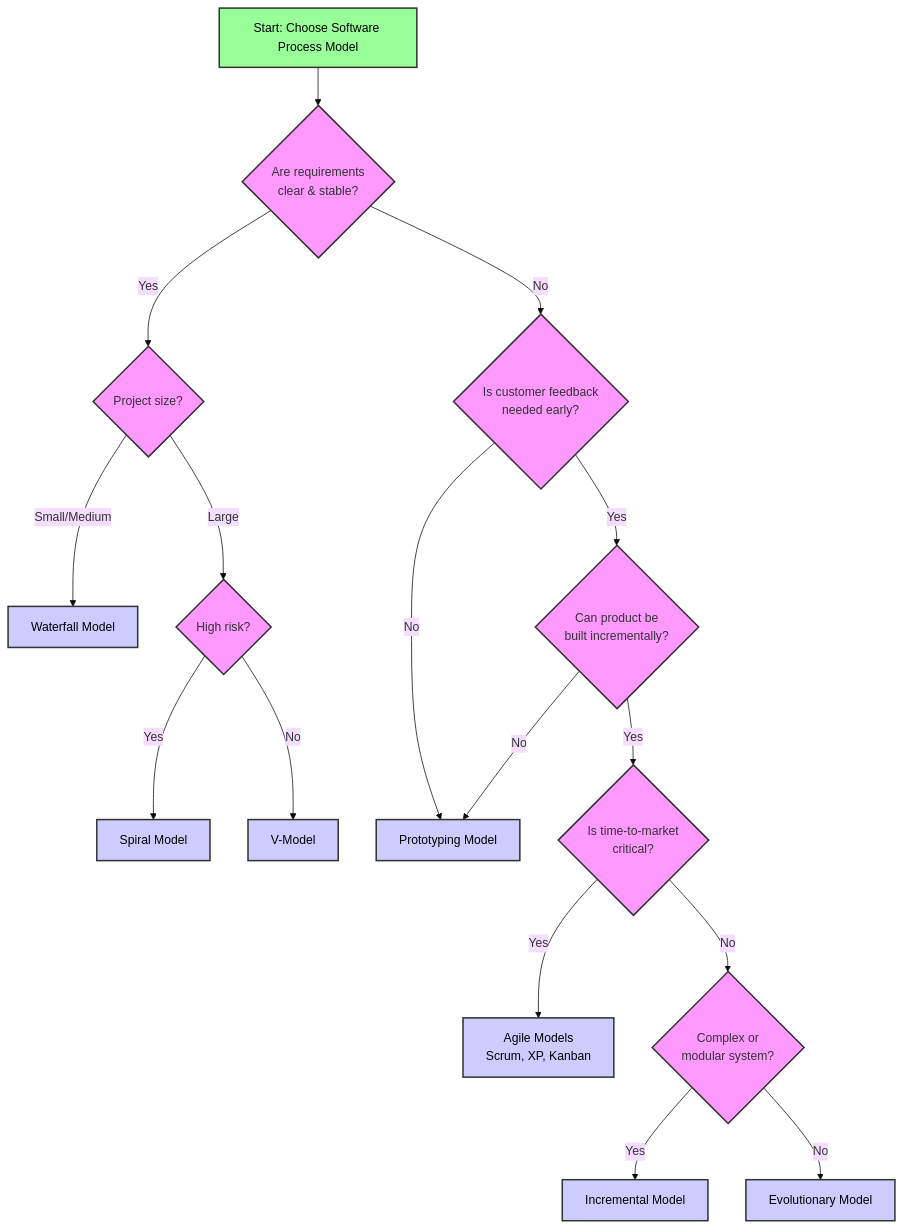
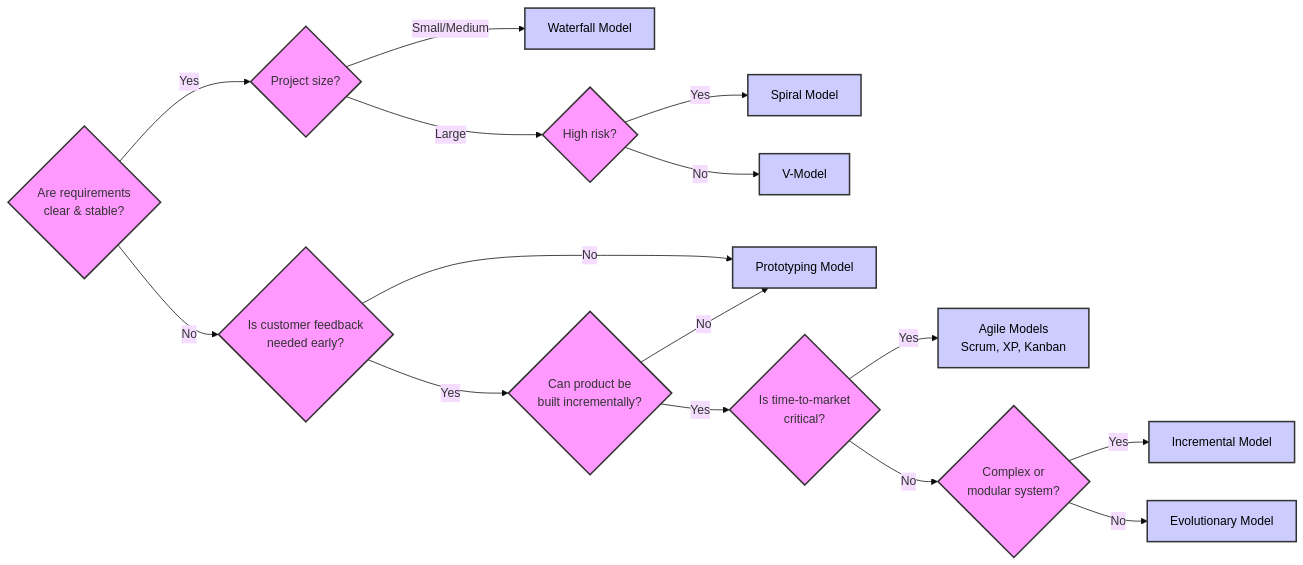
Before and after one commit to waraunika/Note-6thsem: the diagram in OOSE/Chapter 1.md, drawn with Mermaid (base theme). The commit also changed other lines of this file and 207 other files, not shown here.

````diff
--- a/OOSE/Chapter 1.md
+++ b/OOSE/Chapter 1.md
@@ -410,34 +410,34 @@
 ```mermaid
-flowchart TD
-    Start[Start: Choose Software Process Model] --> Q1{Are requirements<br>clear & stable?}
+flowchart LR
+   Q1{Are requirements<br>clear & stable?}
 
     Q1 -->|Yes| Q2{Project size?}
     Q1 -->|No| Q3{Is customer feedback<br>needed early?}
 
     Q2 -->|Small/Medium| Waterfall[Waterfall Model]
     Q2 -->|Large| Q4{High risk?}
 
     Q4 -->|Yes| Spiral[Spiral Model]
     Q4 -->|No| VModel[V-Model]
 
     Q3 -->|Yes| Q5{Can product be<br>built incrementally?}
     Q3 -->|No| Prototype[Prototyping Model]
 
     Q5 -->|Yes| Q6{Is time-to-market<br>critical?}
     Q5 -->|No| Prototype
 
     Q6 -->|Yes| Agile[Agile Models<br>Scrum, XP, Kanban]
     Q6 -->|No| Q7{Complex or<br>modular system?}
 
     Q7 -->|Yes| Incremental[Incremental Model]
     Q7 -->|No| Evolutionary[Evolutionary Model]
 
     %% Styling
     classDef decision fill:#f9f,stroke:#333,stroke-width:2px
     classDef model fill:#ccf,stroke:#333,stroke-width:2px,color:#000
     classDef startEnd fill:#9f9,stroke:#333,stroke-width:2px,color:#000
 
     class Q1,Q2,Q3,Q4,Q5,Q6,Q7 decision
     class Waterfall,VModel,Spiral,Prototype,Incremental,Evolutionary,Agile model
     class Start,End startEnd
 ```
````
